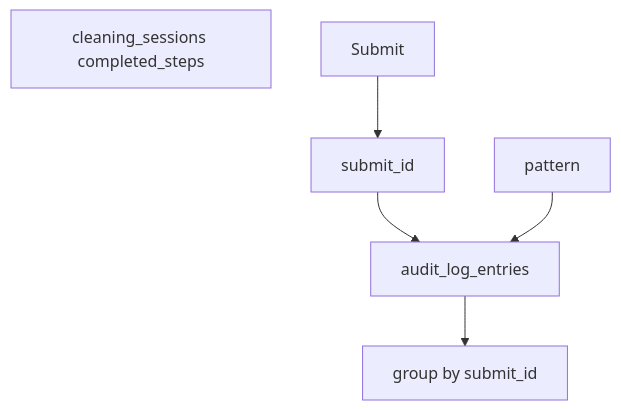
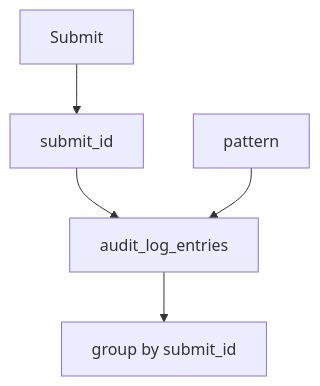
The fifth of 6 diagrams in docs/database-schema.md (EmmS21/keyestakehome), drawn with Mermaid before and after one commit. The commit also changed other lines of this file and 21 other files, not shown here.

````diff
--- a/docs/database-schema.md
+++ b/docs/database-schema.md
@@ -139,9 +137,8 @@
 ```mermaid
 flowchart TB
-  CS[cleaning_sessions completed_steps]
   AL[audit_log_entries]
   Submit --> SID[submit_id]
   SID --> AL
   AL --> SG[group by submit_id]
   pattern --> AL
 ```
````
